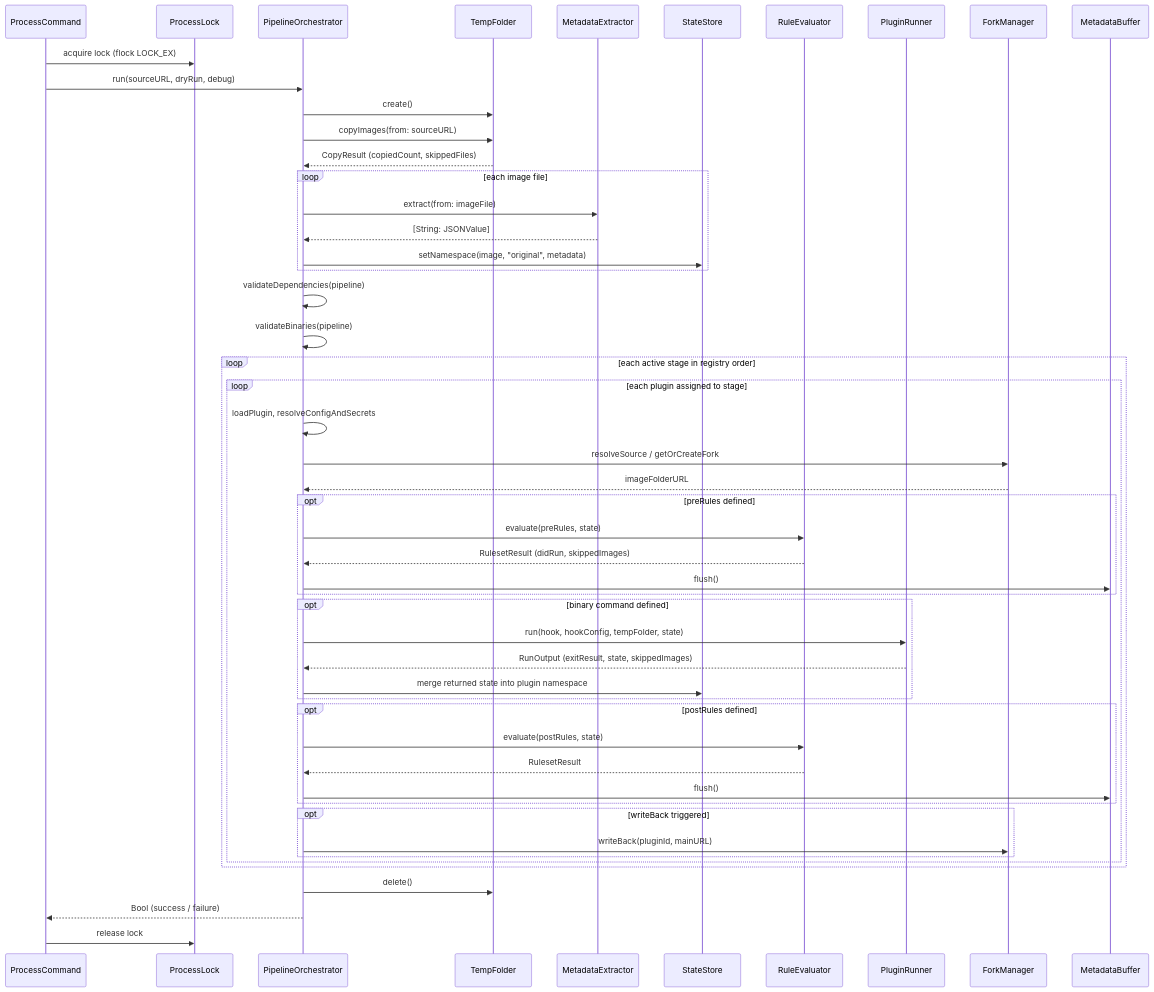
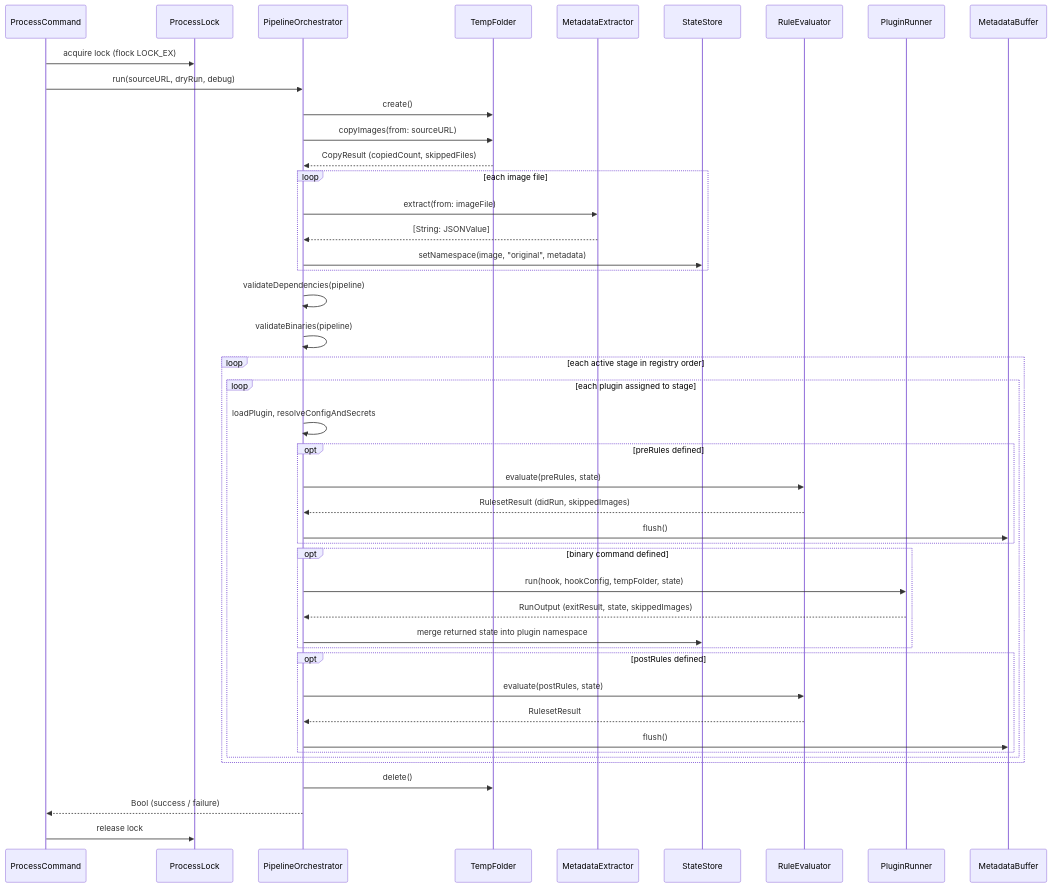
One commit to josephquigley/piqley-cli changed the first of 2 diagrams in docs/architecture/pipeline.md. Above: the diagram before and after it, drawn with Mermaid. The commit also changed other lines of this file and 3 other files, not shown here.

First line of the commit message:
docs: remove ForkManager and ImageConverter references from architecture docs

````diff
--- a/docs/architecture/pipeline.md
+++ b/docs/architecture/pipeline.md
@@ -9,62 +9,56 @@
 ```mermaid
 sequenceDiagram
     participant PC as ProcessCommand
     participant PL as ProcessLock
     participant PO as PipelineOrchestrator
     participant TF as TempFolder
     participant ME as MetadataExtractor
     participant SS as StateStore
     participant RE as RuleEvaluator
     participant PR as PluginRunner
-    participant FM as ForkManager
     participant MB as MetadataBuffer
 
     PC->>PL: acquire lock (flock LOCK_EX)
     PC->>PO: run(sourceURL, dryRun, debug)
     PO->>TF: create()
     PO->>TF: copyImages(from: sourceURL)
     TF-->>PO: CopyResult (copiedCount, skippedFiles)
 
     loop each image file
         PO->>ME: extract(from: imageFile)
         ME-->>PO: [String: JSONValue]
         PO->>SS: setNamespace(image, "original", metadata)
     end
 
     PO->>PO: validateDependencies(pipeline)
     PO->>PO: validateBinaries(pipeline)
 
     loop each active stage in registry order
         loop each plugin assigned to stage
             PO->>PO: loadPlugin, resolveConfigAndSecrets
-            PO->>FM: resolveSource / getOrCreateFork
-            FM-->>PO: imageFolderURL
 
             opt preRules defined
                 PO->>RE: evaluate(preRules, state)
                 RE-->>PO: RulesetResult (didRun, skippedImages)
                 PO->>MB: flush()
             end
 
             opt binary command defined
                 PO->>PR: run(hook, hookConfig, tempFolder, state)
                 PR-->>PO: RunOutput (exitResult, state, skippedImages)
                 PO->>SS: merge returned state into plugin namespace
             end
 
             opt postRules defined
                 PO->>RE: evaluate(postRules, state)
                 RE-->>PO: RulesetResult
                 PO->>MB: flush()
             end
 
-            opt writeBack triggered
-                PO->>FM: writeBack(pluginId, mainURL)
-            end
         end
     end
 
     PO->>TF: delete()
     PO-->>PC: Bool (success / failure)
     PC->>PL: release lock
 ```
````
